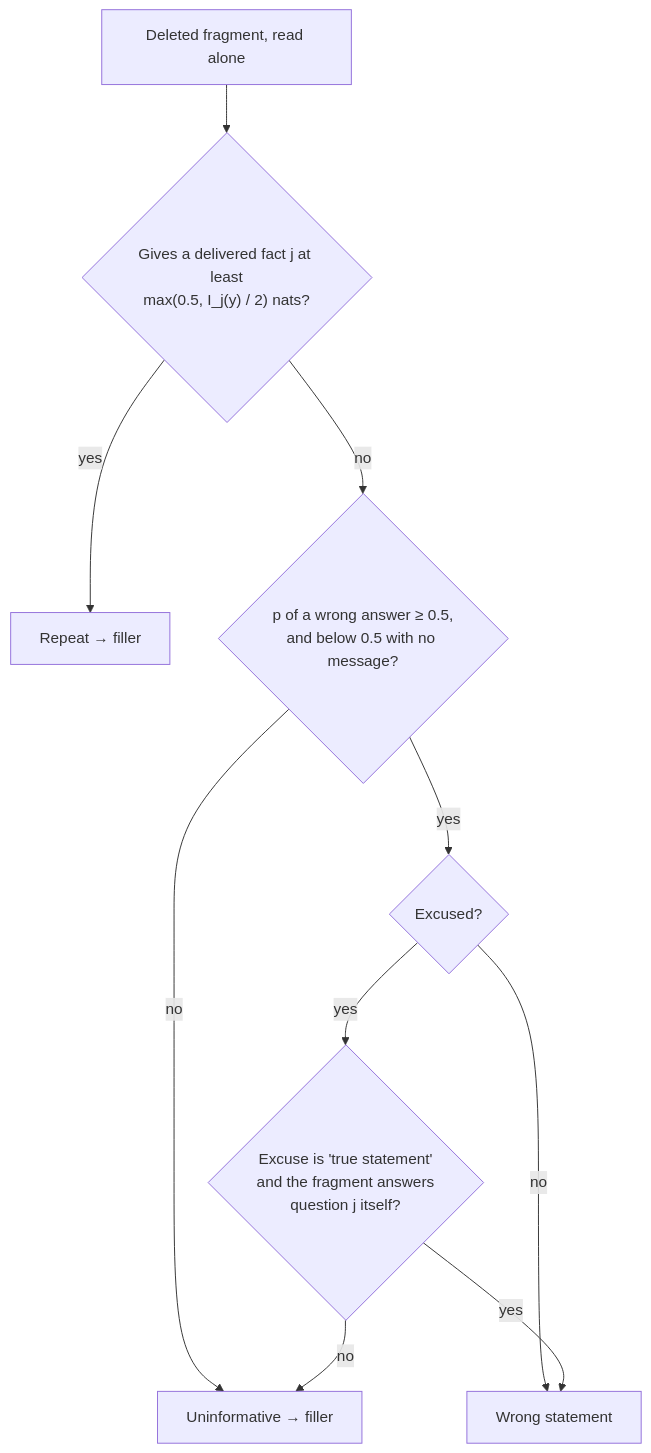
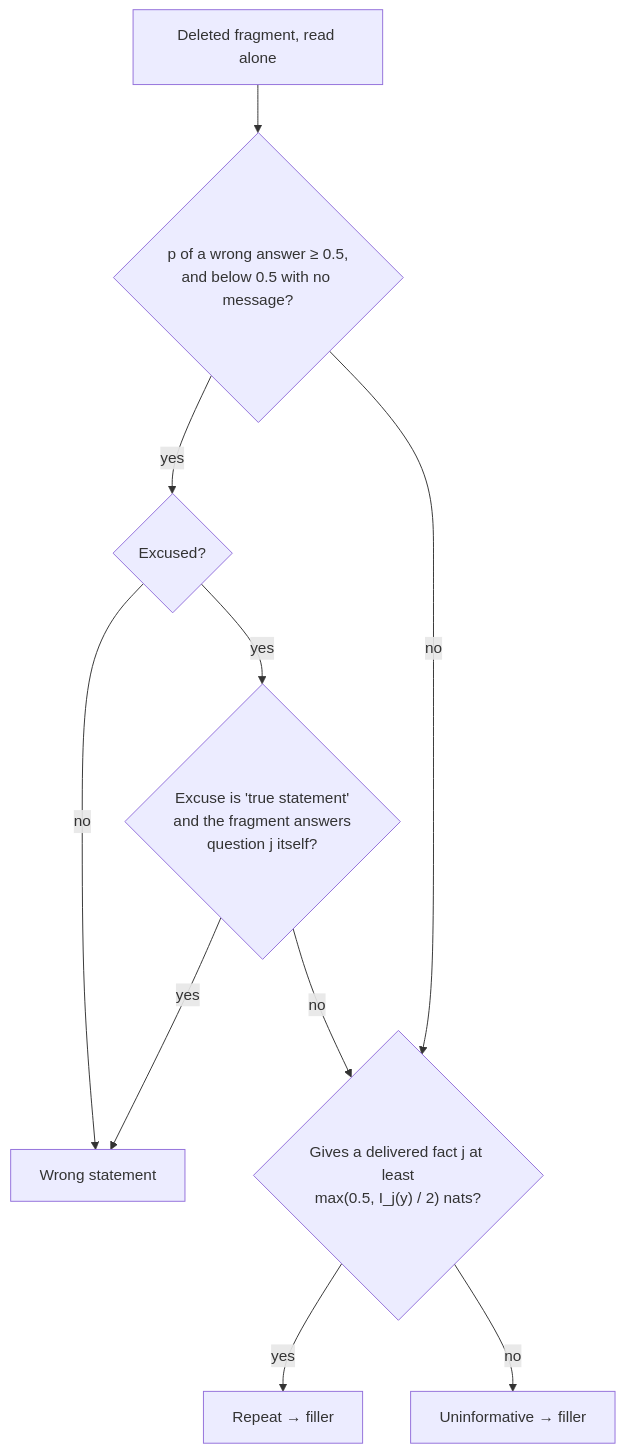
Before and after one commit to DanielVyazhev/llm-water-map: the fifth of 8 diagrams in docs/method.md, drawn with Mermaid. The commit also changed other lines of this file and 72 other files, not shown here.

````diff
--- a/docs/method.md
+++ b/docs/method.md
@@ -137,12 +152,12 @@
 ```mermaid
 flowchart TD
-    X["Deleted fragment, read alone"] --> D{"Gives a delivered fact j at least<br>max(0.5, I_j(y) / 2) nats?"}
-    D -->|yes| R["Repeat → filler"]
-    D -->|no| W{"p of a wrong answer ≥ 0.5,<br>and below 0.5 with no message?"}
-    W -->|no| U["Uninformative → filler"]
+    X["Deleted fragment, read alone"] --> W{"p of a wrong answer ≥ 0.5,<br>and below 0.5 with no message?"}
     W -->|yes| E{"Excused?"}
     E -->|no| M["Wrong statement"]
     E -->|yes| T{"Excuse is 'true statement'<br>and the fragment answers<br>question j itself?"}
     T -->|yes| M
-    T -->|no| U
+    T -->|no| D
+    W -->|no| D{"Gives a delivered fact j at least<br>max(0.5, I_j(y) / 2) nats?"}
+    D -->|yes| R["Repeat → filler"]
+    D -->|no| U["Uninformative → filler"]
 ```
````
